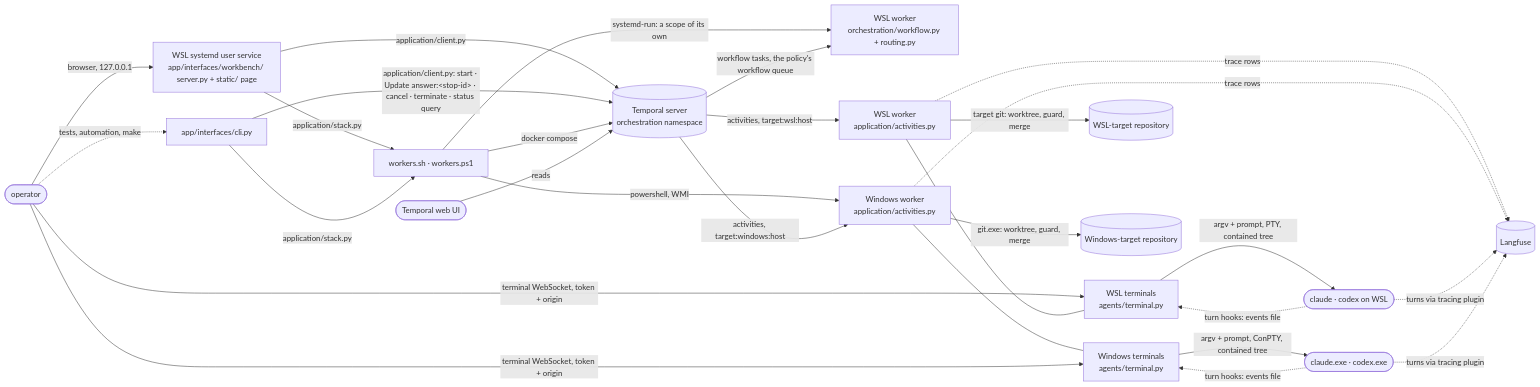
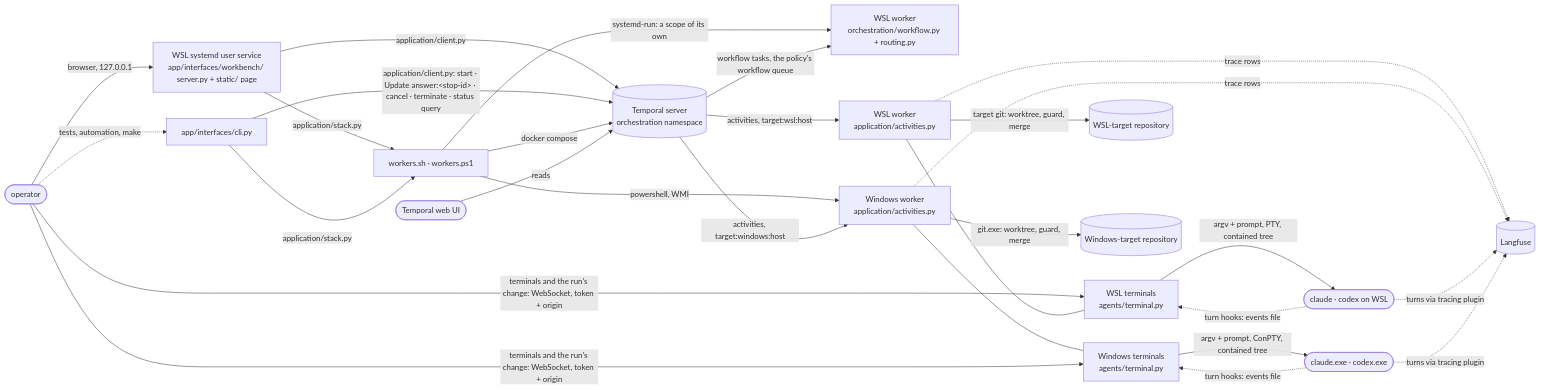
Before and after one commit to 6r0m/orchestra: the diagram in docs/architecture/diagrams/processes.md, drawn with Mermaid. The commit also changed 26 other files, not shown here.

````diff
--- a/docs/architecture/diagrams/processes.md
+++ b/docs/architecture/diagrams/processes.md
@@ -7,30 +7,30 @@
 ```mermaid
 graph LR
     operator([operator]) -- "browser, 127.0.0.1" --> workbench[WSL systemd user service<br/>app/interfaces/workbench/ server.py + static/ page]
     operator -. "tests, automation, make" .-> cli[app/interfaces/cli.py]
     workbench -- "application/client.py" --> temporal[(Temporal server<br/>orchestration namespace)]
     cli -- "application/client.py: start · Update answer:&lt;stop-id&gt; · cancel · terminate · status query" --> temporal
     workbench -- "application/stack.py" --> scripts[workers.sh · workers.ps1]
     cli -- "application/stack.py" --> scripts
     scripts -- "docker compose" --> temporal
     scripts -- "systemd-run: a scope of its own" --> wslworker
     scripts -- "powershell, WMI" --> winhost
-    operator -- "terminal WebSocket, token + origin" --> wslterm
+    operator -- "terminals and the run's change: WebSocket, token + origin" --> wslterm
     ui([Temporal web UI]) -- reads --> temporal
     temporal -- "workflow tasks, the policy's workflow queue" --> wslworker[WSL worker<br/>orchestration/workflow.py + routing.py]
     temporal -- "activities, target:wsl:host" --> wslhost[WSL worker<br/>application/activities.py]
     temporal -- "activities, target:windows:host" --> winhost[Windows worker<br/>application/activities.py]
     wslhost --- wslterm[WSL terminals<br/>agents/terminal.py]
     winhost --- winterm[Windows terminals<br/>agents/terminal.py]
-    operator -- "terminal WebSocket, token + origin" --> winterm
+    operator -- "terminals and the run's change: WebSocket, token + origin" --> winterm
     wslterm -- "argv + prompt, PTY, contained tree" --> wslagents([claude · codex on WSL])
     winterm -- "argv + prompt, ConPTY, contained tree" --> winagents([claude.exe · codex.exe])
     wslagents -. "turn hooks: events file" .-> wslterm
     winagents -. "turn hooks: events file" .-> winterm
     wslhost -- "target git: worktree, guard, merge" --> wslrepo[(WSL-target repository)]
     winhost -- "git.exe: worktree, guard, merge" --> winrepo[(Windows-target repository)]
     wslhost -. "trace rows" .-> langfuse[(Langfuse)]
     winhost -. "trace rows" .-> langfuse
     wslagents -. "turns via tracing plugin" .-> langfuse
     winagents -. "turns via tracing plugin" .-> langfuse
 ```
````
